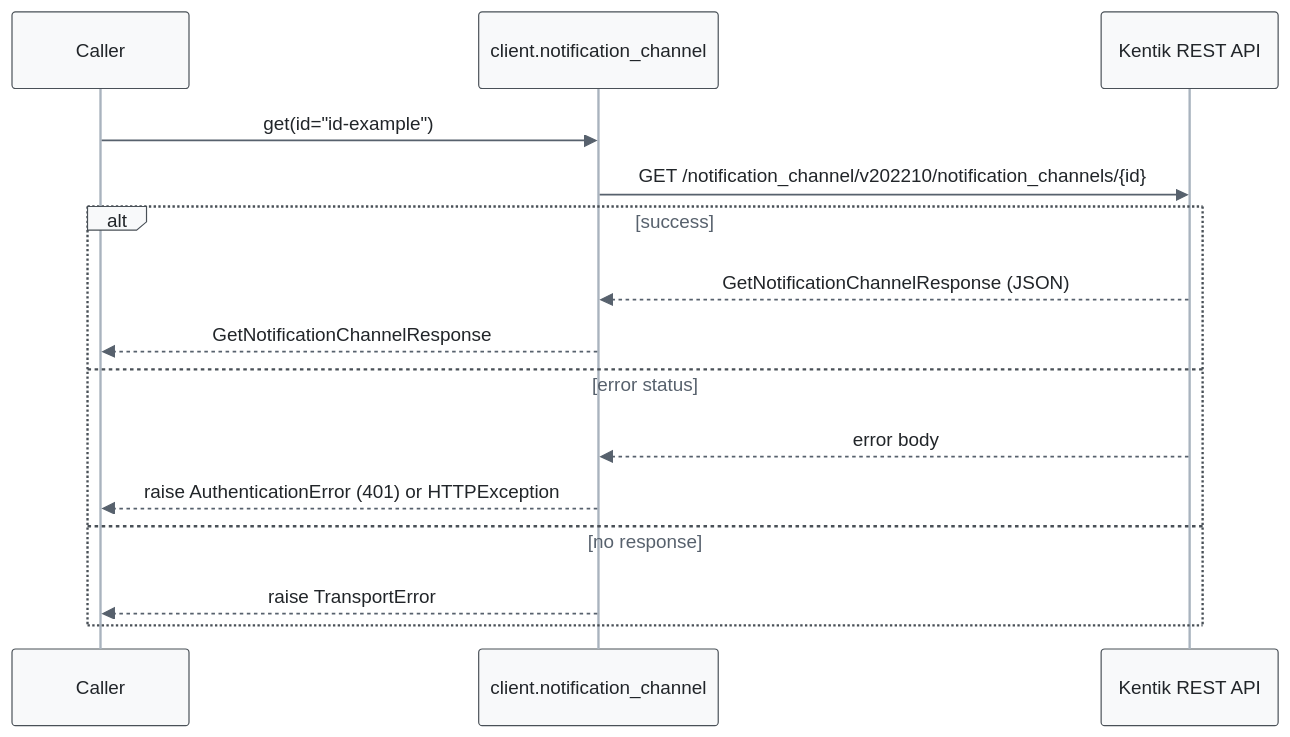
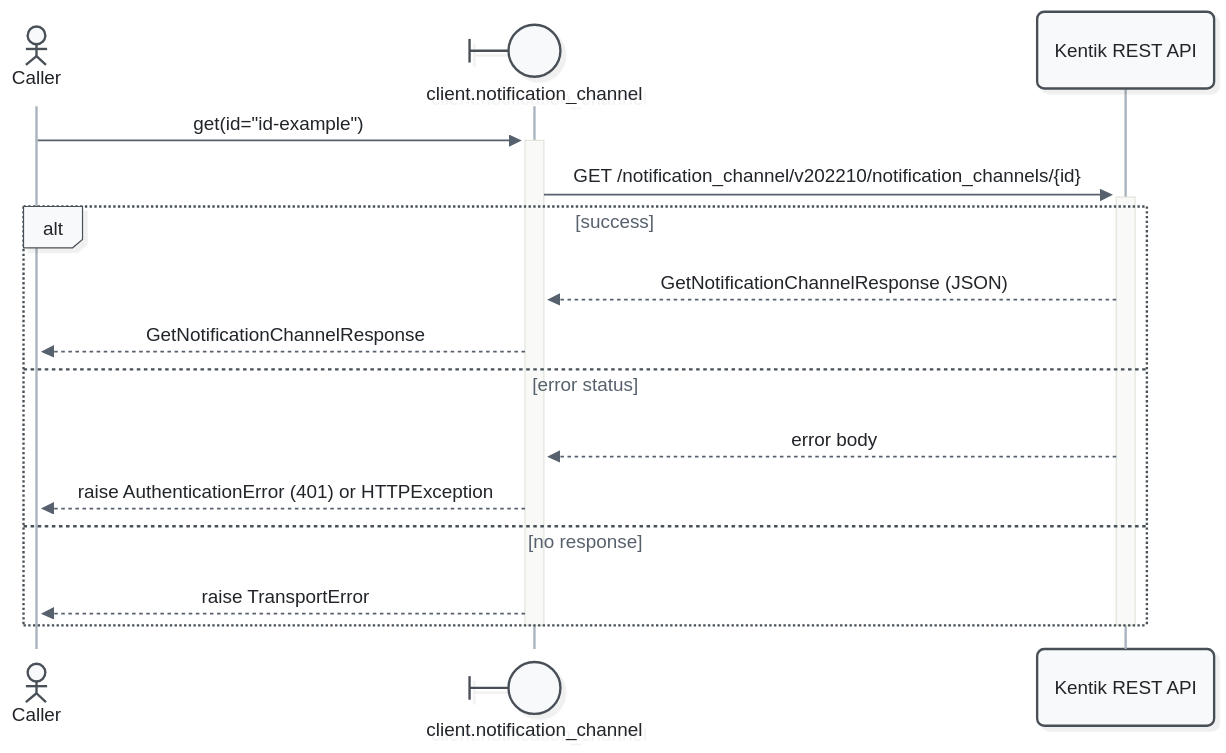
The fifth of 7 diagrams in docs/sphinx/services/notification_channel.md (alexdearaujo/community_sdk_python), drawn with Mermaid before and after one commit. The commit also changed other lines of this file and 52 other files, not shown here.

First line of the commit message:
docs: Mermaid 12 sequence diagrams with participant types and path colors

````diff
--- a/docs/sphinx/services/notification_channel.md
+++ b/docs/sphinx/services/notification_channel.md
@@ -182,19 +192,21 @@
 ```mermaid
-%%{init: {"theme": "base", "fontFamily": "ui-monospace, SFMono-Regular, Menlo, monospace", "themeVariables": {"fontFamily": "ui-monospace, SFMono-Regular, Menlo, monospace", "primaryColor": "#f8f9fa", "primaryBorderColor": "#495057", "primaryTextColor": "#212529", "textColor": "#212529", "lineColor": "#77818c", "edgeLabelBackground": "#ffffff", "actorBkg": "#f8f9fa", "actorBorder": "#495057", "actorTextColor": "#212529", "actorLineColor": "#a9b3be", "signalColor": "#57616d", "signalTextColor": "#212529", "labelBoxBkgColor": "#f8f9fa", "labelBoxBorderColor": "#495057", "labelTextColor": "#212529", "loopTextColor": "#57616d", "noteBkgColor": "#fff9db", "noteBorderColor": "#f08c00", "noteTextColor": "#a35a00"}, "flowchart": {"curve": "step", "nodeSpacing": 30, "rankSpacing": 70, "wrappingWidth": 400}}}%%
+%%{init: {"theme": "redux", "look": "neo", "layout": "dagre", "fontFamily": "ui-monospace, SFMono-Regular, Menlo, monospace", "themeVariables": {"fontFamily": "ui-monospace, SFMono-Regular, Menlo, monospace", "primaryColor": "#f8f9fa", "primaryBorderColor": "#495057", "primaryTextColor": "#212529", "textColor": "#212529", "lineColor": "#77818c", "edgeLabelBackground": "#ffffff", "actorBkg": "#f8f9fa", "actorBorder": "#495057", "actorTextColor": "#212529", "actorLineColor": "#a9b3be", "signalColor": "#57616d", "signalTextColor": "#212529", "labelBoxBkgColor": "#f8f9fa", "labelBoxBorderColor": "#495057", "labelTextColor": "#212529", "loopTextColor": "#57616d", "noteBkgColor": "#fff9db", "noteBorderColor": "#f08c00", "noteTextColor": "#a35a00"}, "sequence": {"activationWidth": 16}, "flowchart": {"curve": "step", "nodeSpacing": 30, "rankSpacing": 70, "wrappingWidth": 400}}}%%
 sequenceDiagram
-    participant C as Caller
-    participant W as client.notification_channel
+    actor C as Caller
+    participant W@{ "type": "boundary" } as client.notification_channel
     participant API as Kentik REST API
 
-    C->>W: get(id="id-example")
-    W->>API: GET /notification_channel/v202210/notification_channels/{id}
+    C->>+W: get(id="id-example")
+    W->>+API: GET /notification_channel/v202210/notification_channels/{id}
     alt success
         API-->>W: GetNotificationChannelResponse (JSON)
         W-->>C: GetNotificationChannelResponse
     else error status
         API-->>W: error body
         W-->>C: raise AuthenticationError (401) or HTTPException
     else no response
         W-->>C: raise TransportError
     end
+    deactivate API
+    deactivate W
 ```
````
